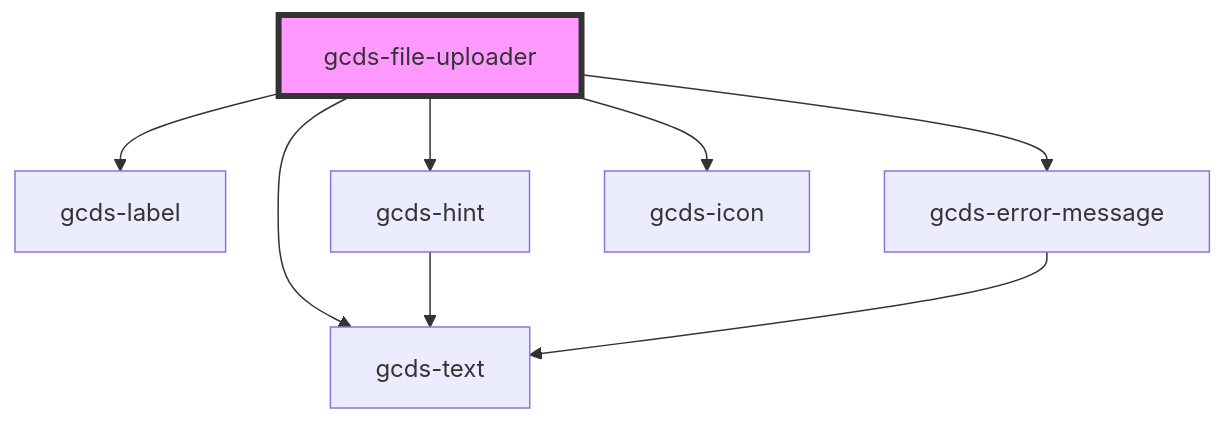
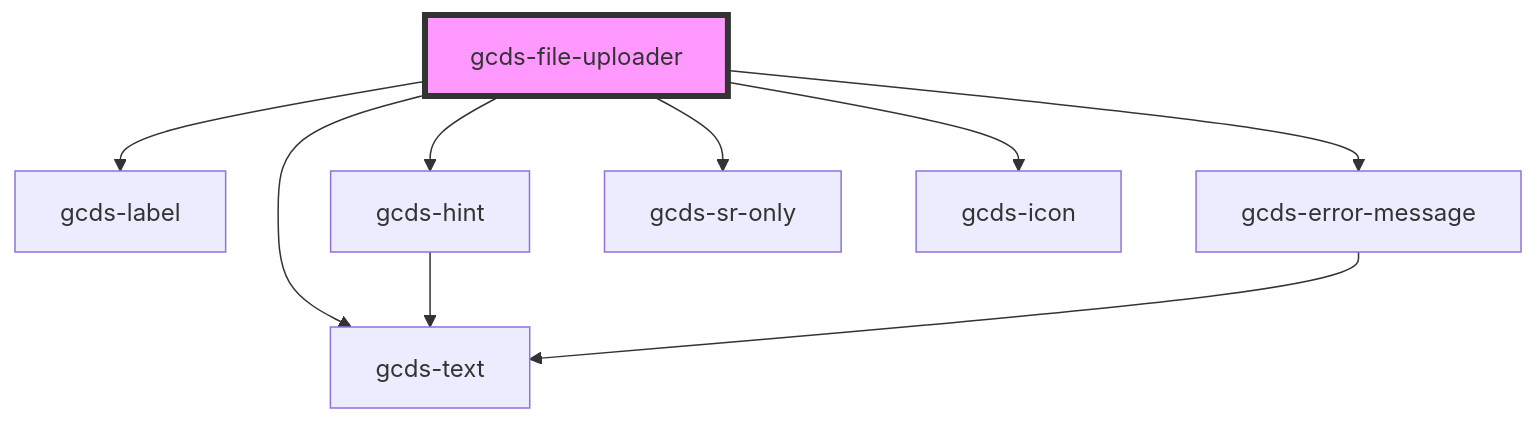
One commit to cds-snc/gcds-components changed the diagram in packages/web/src/components/gcds-file-uploader/readme.md. Above: the diagram before and after it, drawn with Mermaid. The commit also changed other lines of this file and 11 other files, not shown here.

````diff
--- a/packages/web/src/components/gcds-file-uploader/readme.md
+++ b/packages/web/src/components/gcds-file-uploader/readme.md
@@ -62,11 +63,12 @@
 ```mermaid
 graph TD;
   gcds-file-uploader --> gcds-label
   gcds-file-uploader --> gcds-hint
   gcds-file-uploader --> gcds-error-message
+  gcds-file-uploader --> gcds-sr-only
   gcds-file-uploader --> gcds-text
   gcds-file-uploader --> gcds-icon
   gcds-hint --> gcds-text
   gcds-error-message --> gcds-text
   style gcds-file-uploader fill:#f9f,stroke:#333,stroke-width:4px
 ```
````
